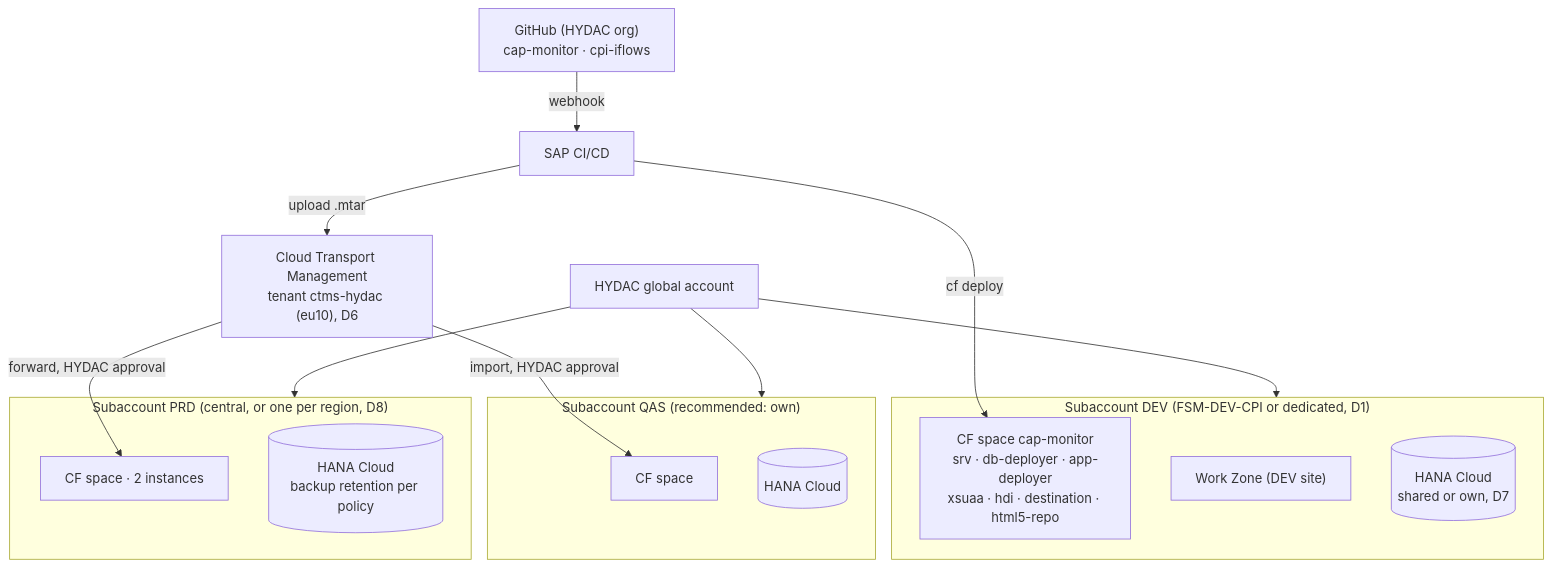
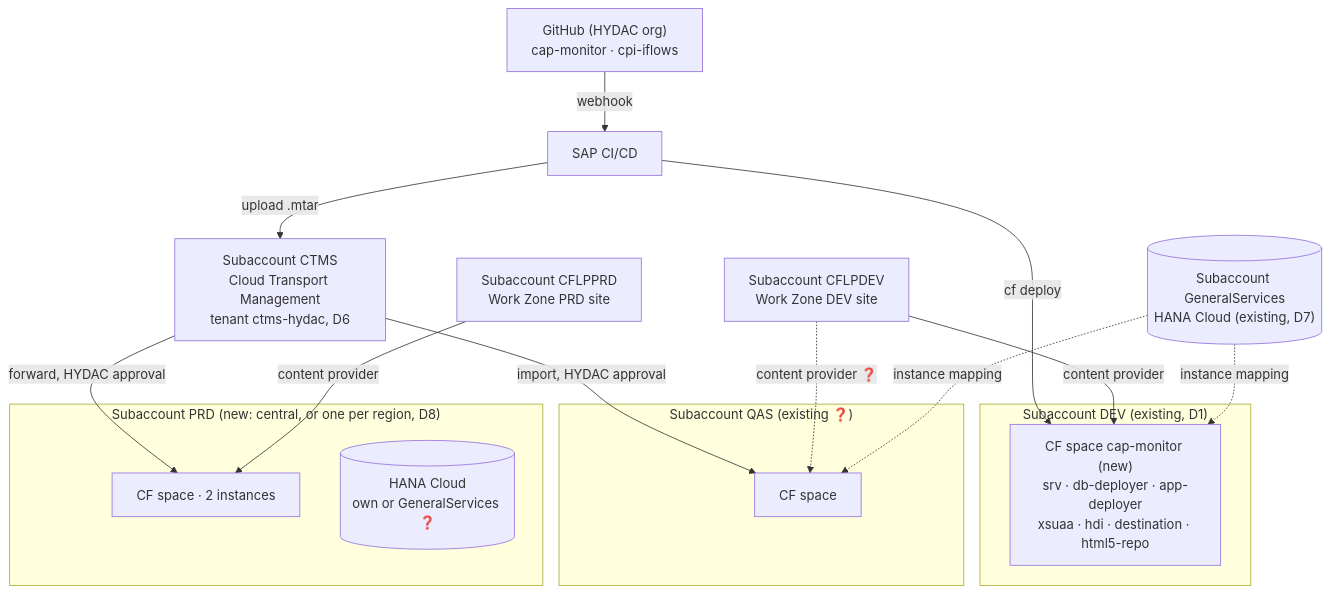
Before and after one commit to igorvorobevde/btp-cust-monitor: diagram 14 of 16 in docs/12_solution_design.md, drawn with Mermaid. The commit also changed other lines of this file and 5 other files, not shown here.

````diff
--- a/docs/12_solution_design.md
+++ b/docs/12_solution_design.md
@@ -810,26 +829,27 @@
 ```mermaid
 flowchart TB
-  GA["HYDAC global account"]
-  subgraph DEVSA["Subaccount DEV (FSM-DEV-CPI or dedicated, D1)"]
-    DEVSP["CF space cap-monitor<br/>srv · db-deployer · app-deployer<br/>xsuaa · hdi · destination · html5-repo"]
-    DEVWZ["Work Zone (DEV site)"]
-    DEVHC[("HANA Cloud<br/>shared or own, D7")]
+  GH["GitHub (HYDAC org)<br/>cap-monitor · cpi-iflows"] -->|"webhook"| CICD["SAP CI/CD"]
+  subgraph DEVSA["Subaccount DEV (existing, D1)"]
+    DEVSP["CF space cap-monitor (new)<br/>srv · db-deployer · app-deployer<br/>xsuaa · hdi · destination · html5-repo"]
   end
-  subgraph QASSA["Subaccount QAS (recommended: own)"]
+  subgraph QASSA["Subaccount QAS (existing ❓)"]
     QASSP["CF space"]
-    QASHC[("HANA Cloud")]
   end
-  subgraph PRDSA["Subaccount PRD (central, or one per region, D8)"]
+  subgraph PRDSA["Subaccount PRD (new: central, or one per region, D8)"]
     PRDSP["CF space · 2 instances"]
-    PRDHC[("HANA Cloud<br/>backup retention per policy")]
+    PRDHC[("HANA Cloud<br/>own or GeneralServices ❓")]
   end
-  CTMS["Cloud Transport Management<br/>tenant ctms-hydac (eu10), D6"]
-  CICD["SAP CI/CD"]
-  GH["GitHub (HYDAC org)<br/>cap-monitor · cpi-iflows"]
-  GA --> DEVSA
-  GA --> QASSA
-  GA --> PRDSA
-  GH -->|"webhook"| CICD -->|"cf deploy"| DEVSP
-  CICD -->|"upload .mtar"| CTMS -->|"import, HYDAC approval"| QASSP
+  CTMS["Subaccount CTMS<br/>Cloud Transport Management<br/>tenant ctms-hydac, D6"]
+  WZD["Subaccount CFLPDEV<br/>Work Zone DEV site"]
+  WZP["Subaccount CFLPPRD<br/>Work Zone PRD site"]
+  GS[("Subaccount GeneralServices<br/>HANA Cloud (existing, D7)")]
+  CICD -->|"cf deploy"| DEVSP
+  CICD -->|"upload .mtar"| CTMS
+  CTMS -->|"import, HYDAC approval"| QASSP
   CTMS -->|"forward, HYDAC approval"| PRDSP
+  WZD -->|"content provider"| DEVSP
+  WZD -.->|"content provider ❓"| QASSP
+  WZP -->|"content provider"| PRDSP
+  GS -.->|"instance mapping"| DEVSP
+  GS -.->|"instance mapping"| QASSP
 ```
````
